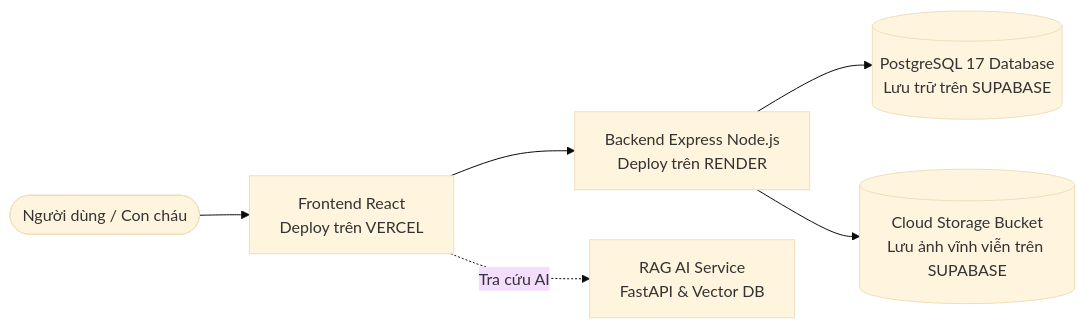
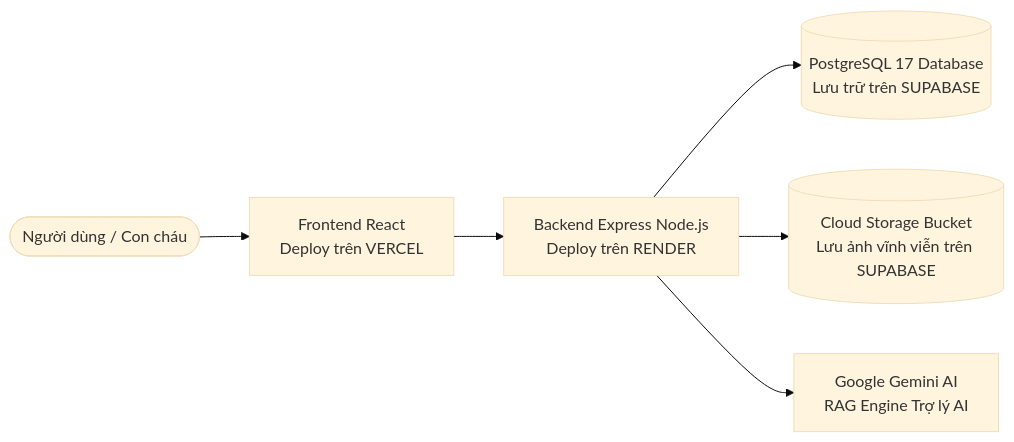
One commit to LGKAI/Portal-HoLeVan-Phai4-Chi2 changed the diagram in README.md. Above: the diagram before and after it, drawn with Mermaid (base theme). The commit also changed other lines of this file and 6 other files, not shown here.

Commit message:
fix(rag): update to gemini-3.6-flash, clean up redundant data dir, move scripts to rag-service, and update README

````diff
--- a/README.md
+++ b/README.md
@@ -15,8 +15,8 @@
 ```mermaid
 flowchart LR
     User([Người dùng / Con cháu]) --> Frontend[Frontend React\nDeploy trên VERCEL]
     Frontend --> Backend[Backend Express Node.js\nDeploy trên RENDER]
     Backend --> SupabaseDB[(PostgreSQL 17 Database\nLưu trữ trên SUPABASE)]
     Backend --> SupabaseStorage[(Cloud Storage Bucket\nLưu ảnh vĩnh viễn trên SUPABASE)]
-    Frontend -. Tra cứu AI .-> RAG[RAG AI Service\nFastAPI & Vector DB]
+    Backend --> GeminiAI[Google Gemini AI\nRAG Engine Trợ lý AI]
 ```
````
